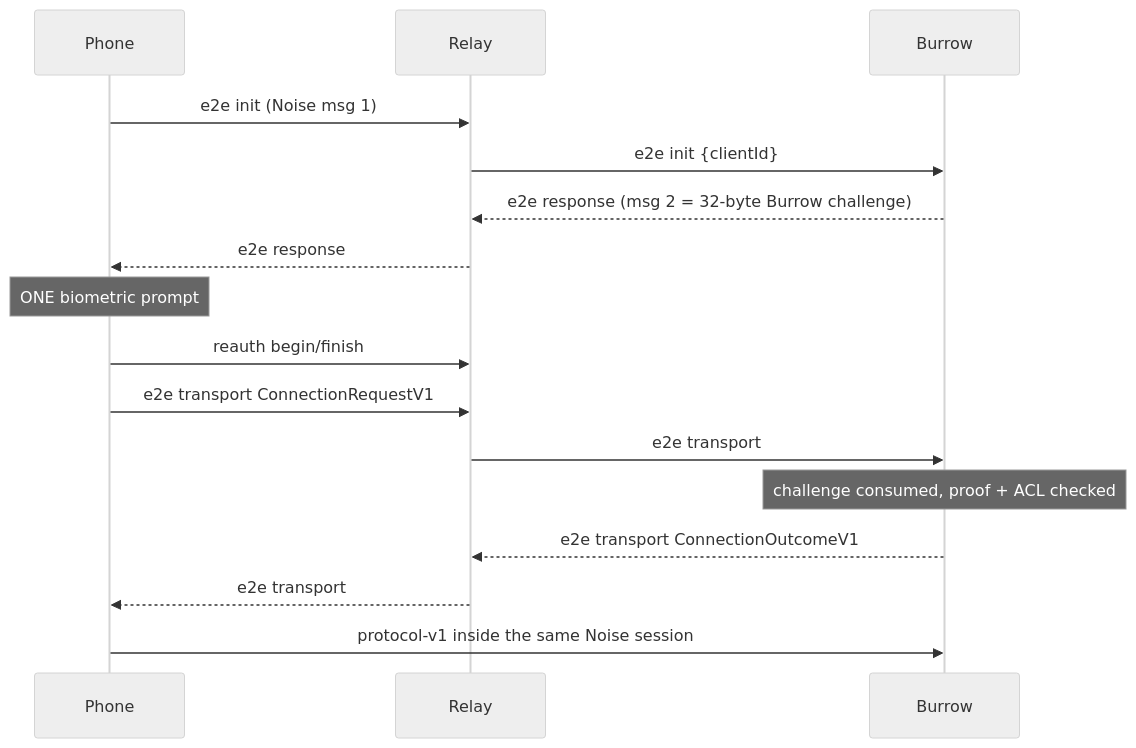
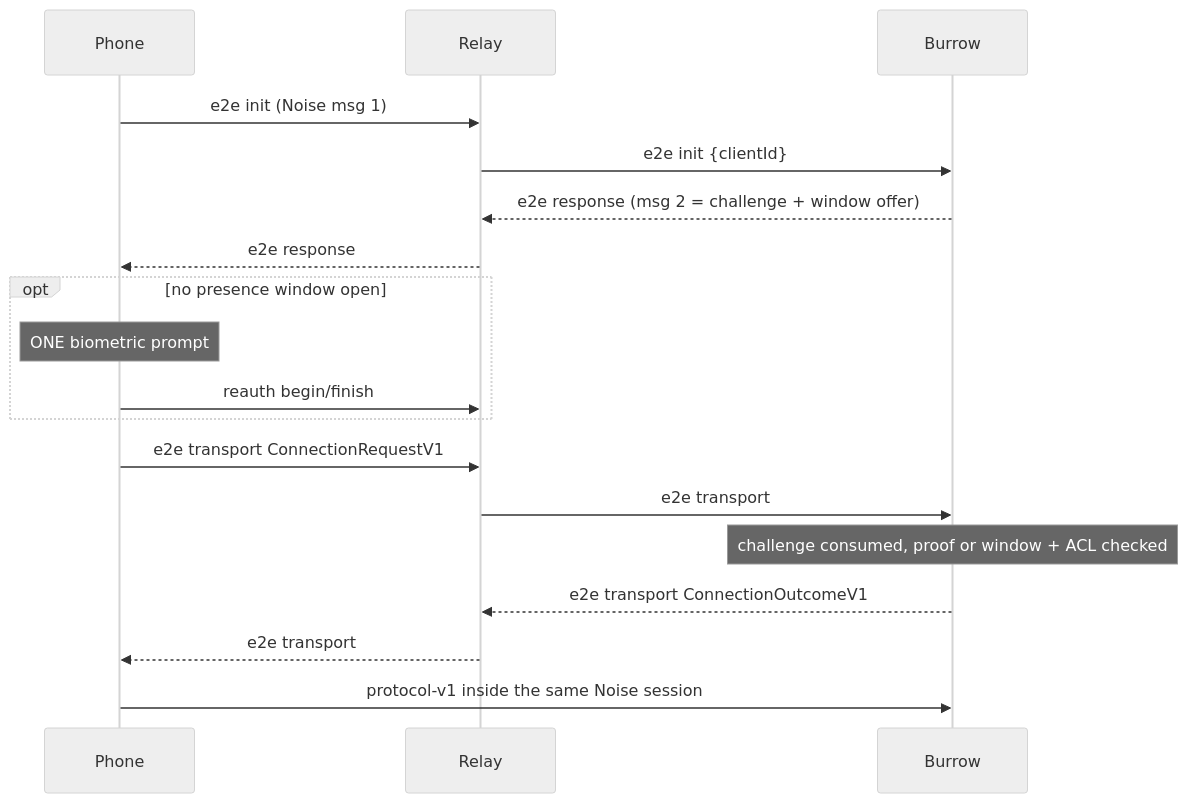
Before and after one commit to diffplug/dormouse: the second of 2 diagrams in docs/specs/relay.md, drawn with Mermaid (neutral theme). The commit also changed 17 other files, not shown here.

First line of the commit message:
feat(burrow): presence window waives the per-connection prompt

````diff
--- a/docs/specs/relay.md
+++ b/docs/specs/relay.md
@@ -227,15 +227,17 @@
 ```mermaid
 sequenceDiagram
   Phone->>Relay: e2e init (Noise msg 1)
   Relay->>Burrow: e2e init {clientId}
-  Burrow-->>Relay: e2e response (msg 2 = 32-byte Burrow challenge)
+  Burrow-->>Relay: e2e response (msg 2 = challenge + window offer)
   Relay-->>Phone: e2e response
-  Note over Phone: ONE biometric prompt
-  Phone->>Relay: reauth begin/finish
+  opt no presence window open
+    Note over Phone: ONE biometric prompt
+    Phone->>Relay: reauth begin/finish
+  end
   Phone->>Relay: e2e transport ConnectionRequestV1
   Relay->>Burrow: e2e transport
-  Note over Burrow: challenge consumed, proof + ACL checked
+  Note over Burrow: challenge consumed, proof or window + ACL checked
   Burrow-->>Relay: e2e transport ConnectionOutcomeV1
   Relay-->>Phone: e2e transport
   Phone->>Burrow: protocol-v1 inside the same Noise session
 ```
````
